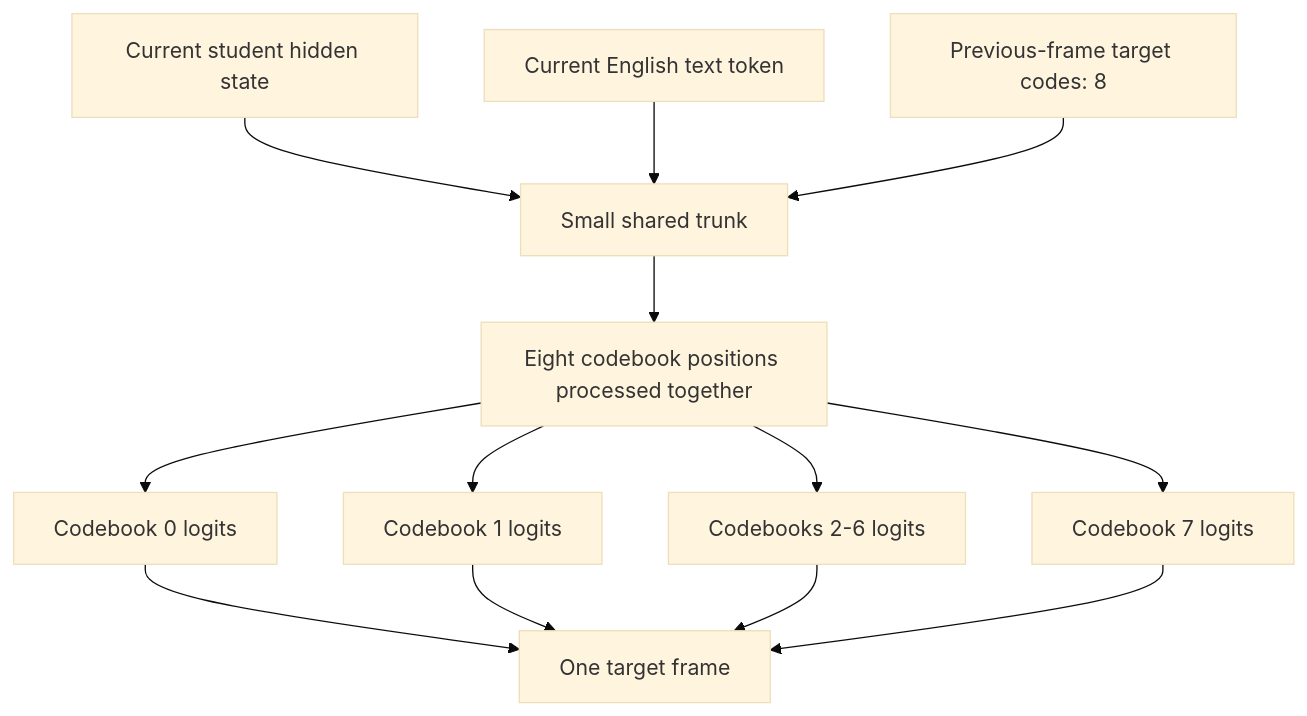
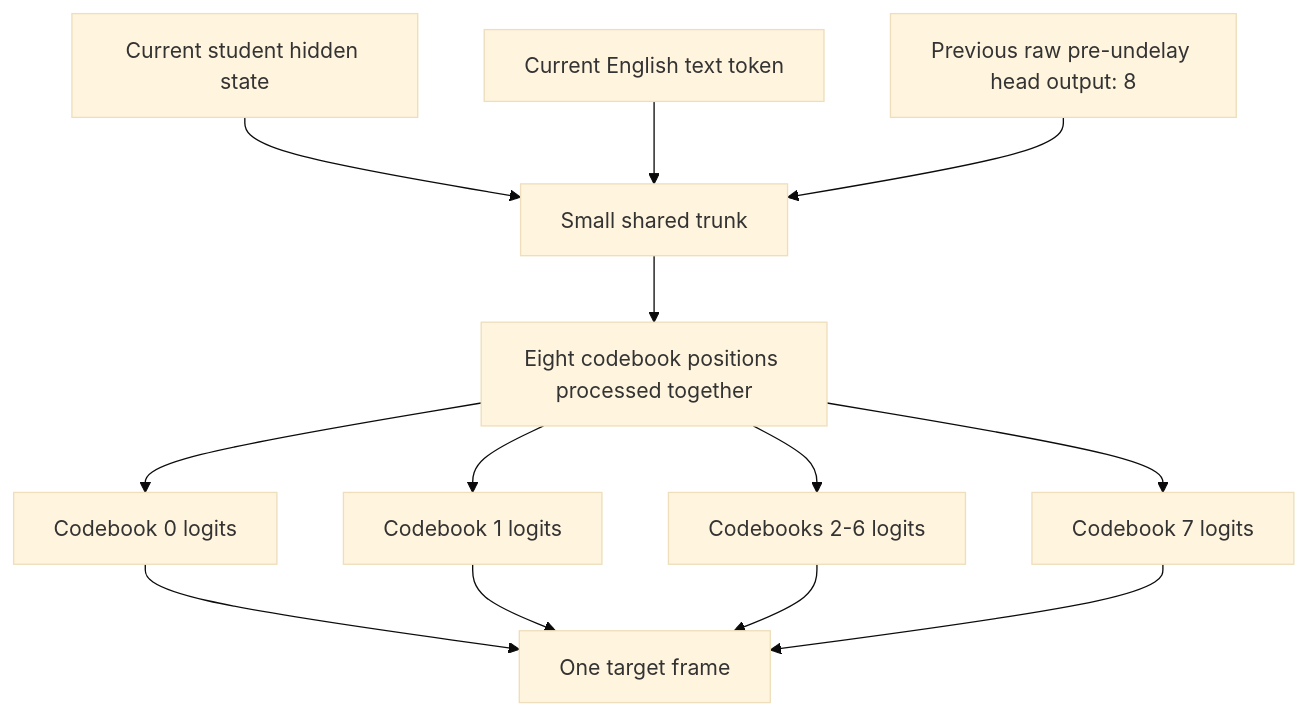
Before and after one commit to huybik/hibiki-zero-mlx: the third of 4 diagrams in docs/mobile_student_plan.md, drawn with Mermaid (base theme). The commit also changed other lines of this file, not shown here.

````diff
--- a/docs/mobile_student_plan.md
+++ b/docs/mobile_student_plan.md
@@ -140,21 +167,21 @@
 ```mermaid
 flowchart TD
     H[Current student hidden state]
     TXT[Current English text token]
-    PREV[Previous-frame target codes: 8]
+    PREV[Previous raw pre-undelay head output: 8]
 
     H --> TRUNK[Small shared trunk]
     TXT --> TRUNK
     PREV --> TRUNK
 
     TRUNK --> POS[Eight codebook positions processed together]
     POS --> C0[Codebook 0 logits]
     POS --> C1[Codebook 1 logits]
     POS --> C2[Codebooks 2-6 logits]
     POS --> C7[Codebook 7 logits]
 
     C0 --> OUT[One target frame]
     C1 --> OUT
     C2 --> OUT
     C7 --> OUT
 ```
````
